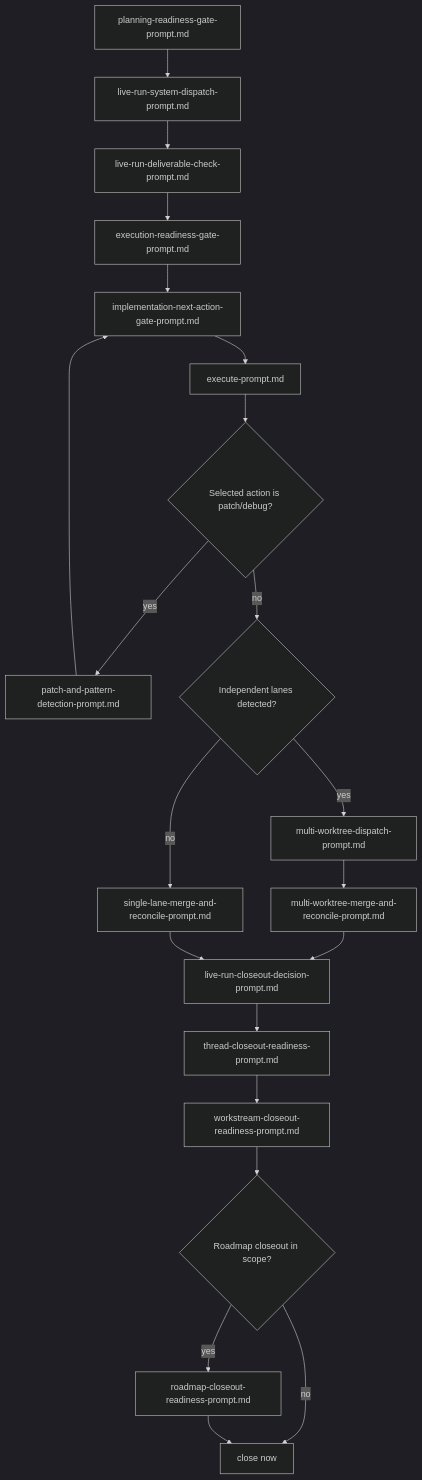
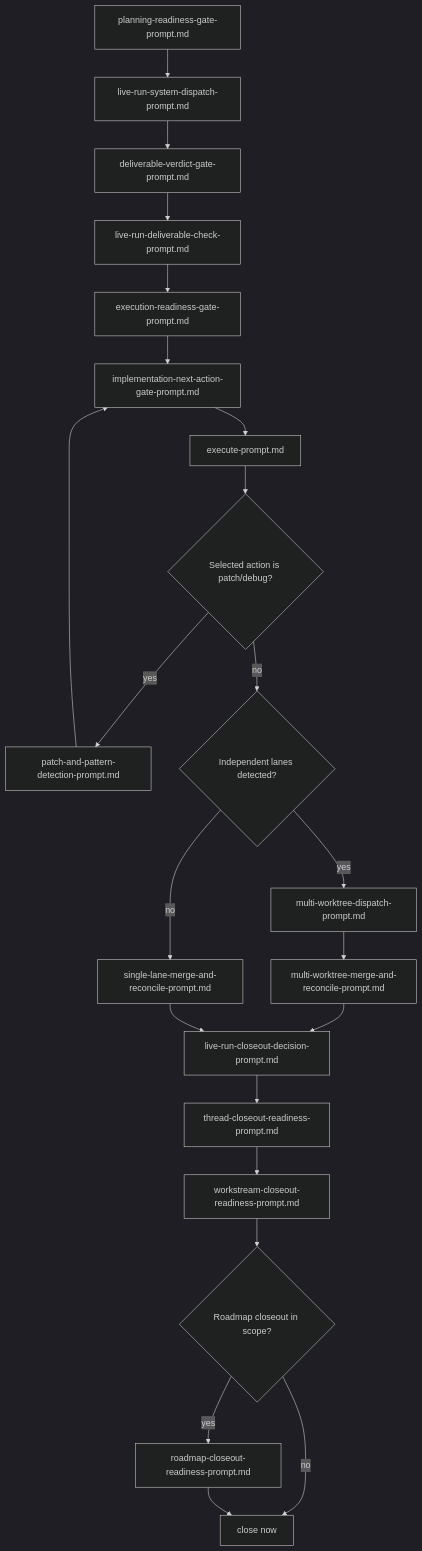
One commit to longdang193/project-OS-starter changed the second of 2 diagrams in docs/operating_system/prompt_templates/README.md. Above: the diagram before and after it, drawn with Mermaid (dark theme). The commit also changed other lines of this file and 2 other files, not shown here.

Commit message:
Add deliverable verdict gate prompt and wire verification routing

````diff
--- a/docs/operating_system/prompt_templates/README.md
+++ b/docs/operating_system/prompt_templates/README.md
@@ -108,23 +109,24 @@
 ```mermaid
 flowchart TD
   P["planning-readiness-gate-prompt.md"] --> A["live-run-system-dispatch-prompt.md"]
-  A --> Q["live-run-deliverable-check-prompt.md"]
+  A --> V["deliverable-verdict-gate-prompt.md"]
+  V --> Q["live-run-deliverable-check-prompt.md"]
   Q --> R["execution-readiness-gate-prompt.md"]
   R --> B["implementation-next-action-gate-prompt.md"]
   B --> C["execute-prompt.md"]
   C --> D{"Selected action is patch/debug?"}
   D -- "yes" --> E["patch-and-pattern-detection-prompt.md"]
   D -- "no" --> F{"Independent lanes detected?"}
   E --> B
   F -- "yes" --> G["multi-worktree-dispatch-prompt.md"]
   G --> H["multi-worktree-merge-and-reconcile-prompt.md"]
   H --> I["live-run-closeout-decision-prompt.md"]
   F -- "no" --> S["single-lane-merge-and-reconcile-prompt.md"]
   S --> I
   I --> J["thread-closeout-readiness-prompt.md"]
   J --> K["workstream-closeout-readiness-prompt.md"]
   K --> L{"Roadmap closeout in scope?"}
   L -- "yes" --> M["roadmap-closeout-readiness-prompt.md"]
   L -- "no" --> N["close now"]
   M --> N
 ```
````
